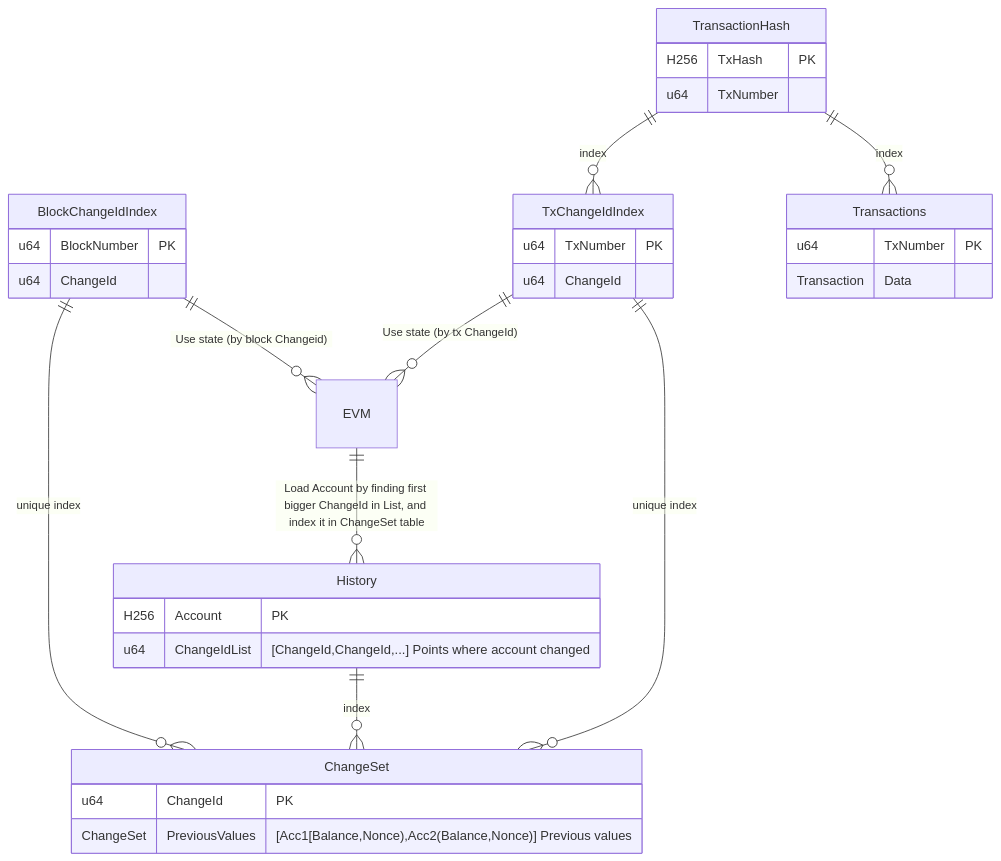
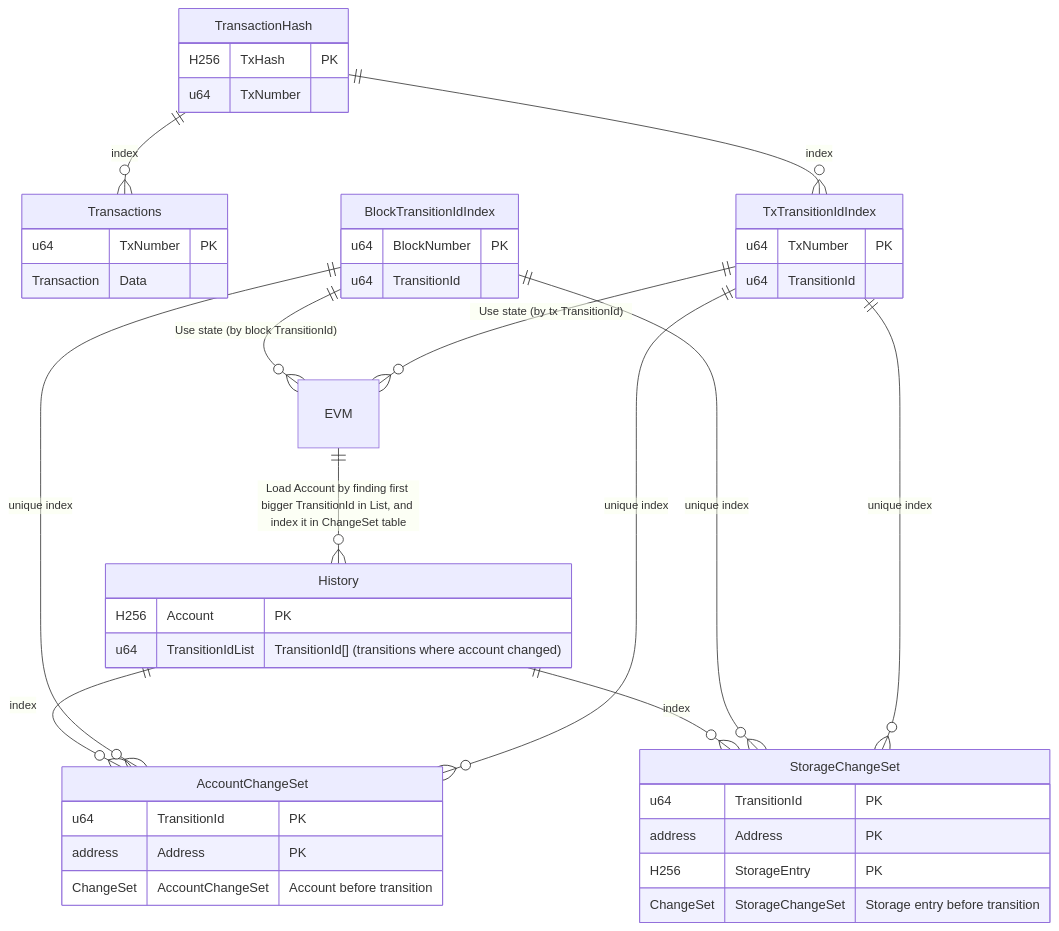
The diagram in docs/design/database.md (paradigmxyz/reth), drawn with Mermaid before and after one commit. The commit also changed other lines of this file, not shown here.

Commit message:
chore(db): modify state transition docs

````diff
--- a/docs/design/database.md
+++ b/docs/design/database.md
@@ -34,35 +37,45 @@
 ```mermaid
 erDiagram
-TransactionHash ||--o{ TxChangeIdIndex : index
-BlockChangeIdIndex ||--o{ ChangeSet : "unique index"
-History ||--o{ ChangeSet : index
-TxChangeIdIndex ||--o{ ChangeSet : "unique index"
 Transactions {
     u64 TxNumber "PK"
     Transaction Data
 }
 TransactionHash {
     H256 TxHash "PK"
     u64 TxNumber
 }
-TxChangeIdIndex {
+TxTransitionIdIndex {
     u64 TxNumber "PK"
-    u64 ChangeId 
+    u64 TransitionId 
 }
-BlockChangeIdIndex {
+BlockTransitionIdIndex {
     u64 BlockNumber "PK"
-    u64 ChangeId
-}
-ChangeSet {
-    u64 ChangeId "PK"
-    ChangeSet PreviousValues "[Acc1[Balance,Nonce),Acc2(Balance,Nonce)] Previous values"
+    u64 TransitionId
 }
 History {
     H256 Account "PK"
-    u64 ChangeIdList "[ChangeId,ChangeId,...] Points where account changed"
+    u64 TransitionIdList "TransitionId[] (transitions where account changed)"
 }
-EVM ||--o{ History: "Load Account by finding first bigger ChangeId in List, and index it in ChangeSet table"
-BlockChangeIdIndex ||--o{ EVM : "Use state (by block Changeid)"
-TxChangeIdIndex ||--o{ EVM : "Use state (by tx ChangeId)"
+AccountChangeSet {
+    u64 TransitionId "PK"
+    address Address "PK"
+    ChangeSet AccountChangeSet "Account before transition"
+}
+StorageChangeSet {
+    u64 TransitionId "PK"
+    address Address "PK"
+    H256 StorageEntry "PK"
+    ChangeSet StorageChangeSet "Storage entry before transition"
+}
+EVM ||--o{ History: "Load Account by finding first bigger TransitionId in List, and index it in ChangeSet table"
+BlockTransitionIdIndex ||--o{ EVM : "Use state (by block TransitionId)"
+TxTransitionIdIndex ||--o{ EVM : "Use state (by tx TransitionId)"
 TransactionHash ||--o{ Transactions : index
+TransactionHash ||--o{ TxTransitionIdIndex : index
+History ||--o{ AccountChangeSet : index
+BlockTransitionIdIndex ||--o{ AccountChangeSet : "unique index"
+TxTransitionIdIndex ||--o{ AccountChangeSet : "unique index"
+History ||--o{ StorageChangeSet : index
+BlockTransitionIdIndex ||--o{ StorageChangeSet : "unique index"
+TxTransitionIdIndex ||--o{ StorageChangeSet : "unique index"
 ```
````
